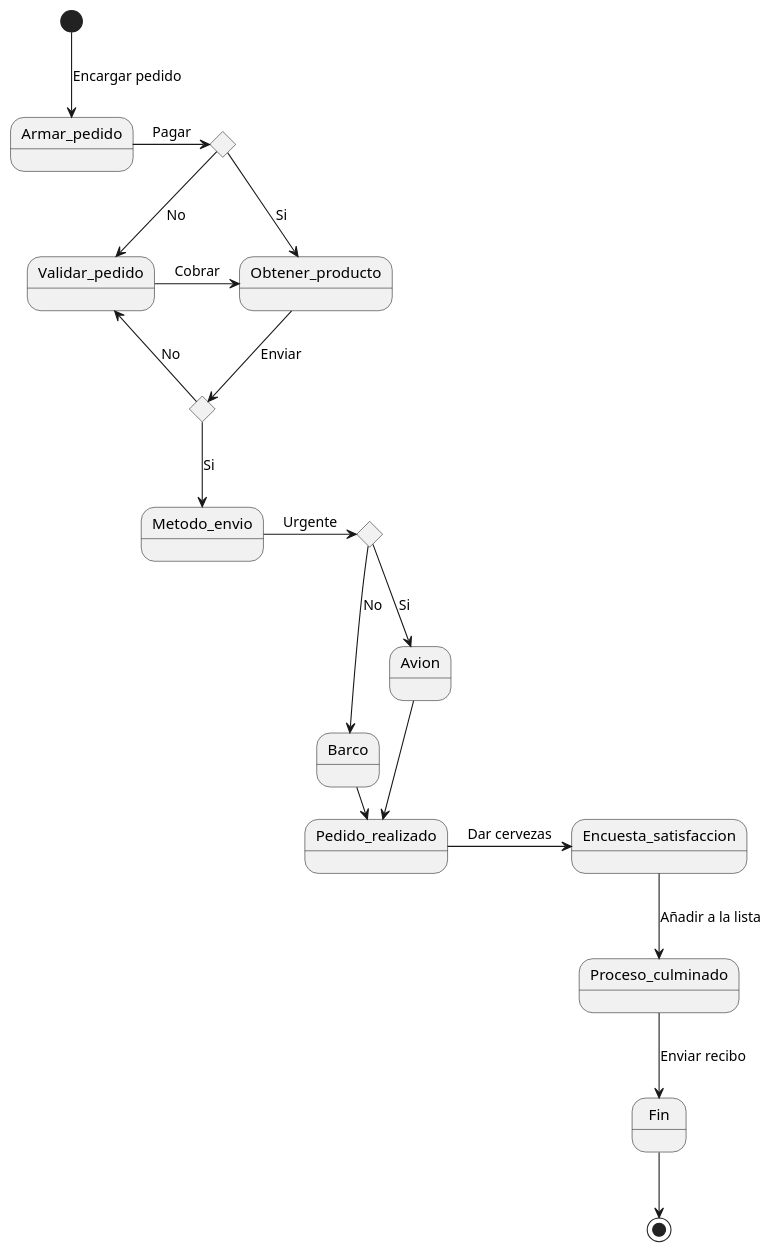
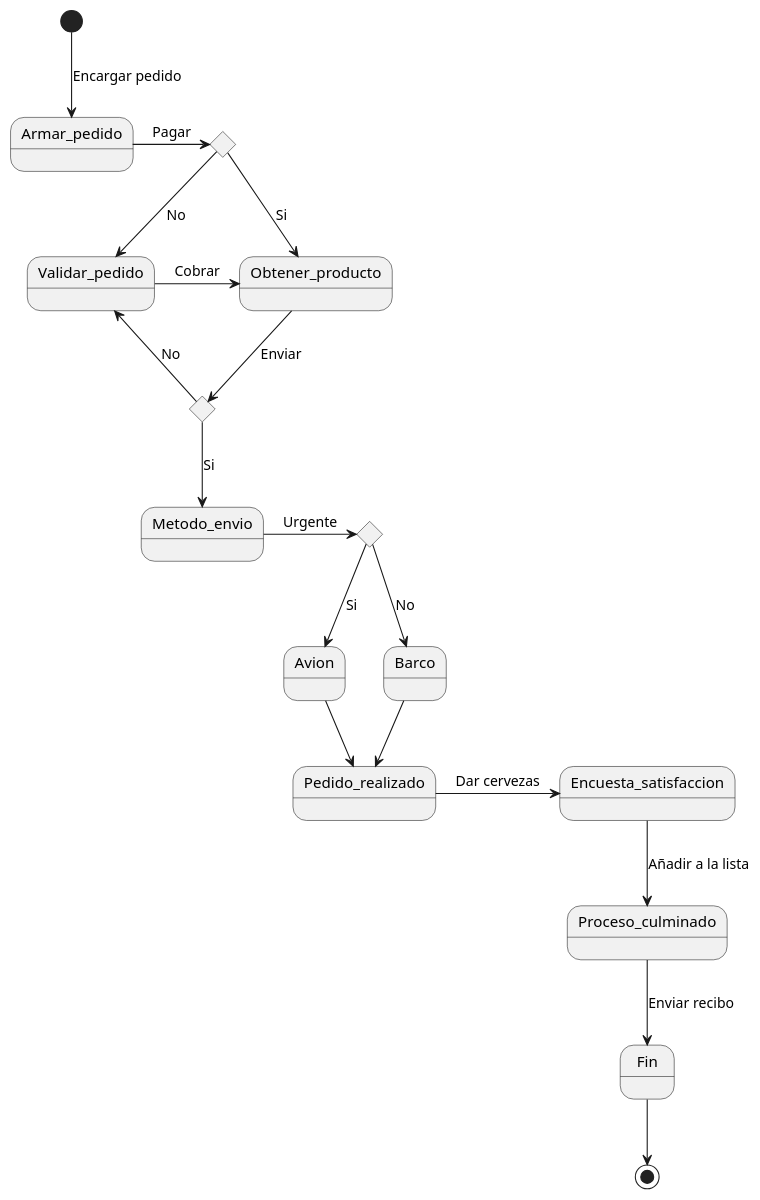
The diagram in docs/diagrams/Ejercicio_I_Practica_3.plantuml (Dayannis-07/IS-022023), drawn with PlantUML before and after one commit.

Commit message:
Imagenes Practica3

```diff
--- a/docs/diagrams/Ejercicio_I_Practica_3.plantuml
+++ b/docs/diagrams/Ejercicio_I_Practica_3.plantuml
@@ -1,35 +1,35 @@
 @startuml Diagrama de Estado
 state Armar_pedido
 state Opcion1 <<choice>>
 state Obtener_producto
 state Validar_pedido
 state Metodo_envio
 state Opcion2 <<choice>>
 state Avion
 state Barco
 state Opcion3 <<choice>>
 state Pedido_realizado
 state Encuesta_satisfaccion
 state Proceso_culminado
 state Fin
 
 [*] --> Armar_pedido : Encargar pedido
 Armar_pedido -> Opcion1 : Pagar
 Opcion1--> Validar_pedido : No
 Opcion1--> Obtener_producto : Si
 Validar_pedido -> Obtener_producto: Cobrar
 Obtener_producto -> Opcion2 : Enviar
 Opcion2--> Validar_pedido : No
 Opcion2 --> Metodo_envio: Si
 Metodo_envio -> Opcion3 : Urgente
 Opcion3-->Avion : Si
 Opcion3-->Barco: No
 Avion -d-> Pedido_realizado
-Barco-> Pedido_realizado
+Barco -d-> Pedido_realizado
 
 Pedido_realizado-> Encuesta_satisfaccion: Dar cervezas
 Encuesta_satisfaccion --> Proceso_culminado: Añadir a la lista
 Proceso_culminado -d-> Fin: Enviar recibo
 Fin--> [*]
 
 @enduml
```
